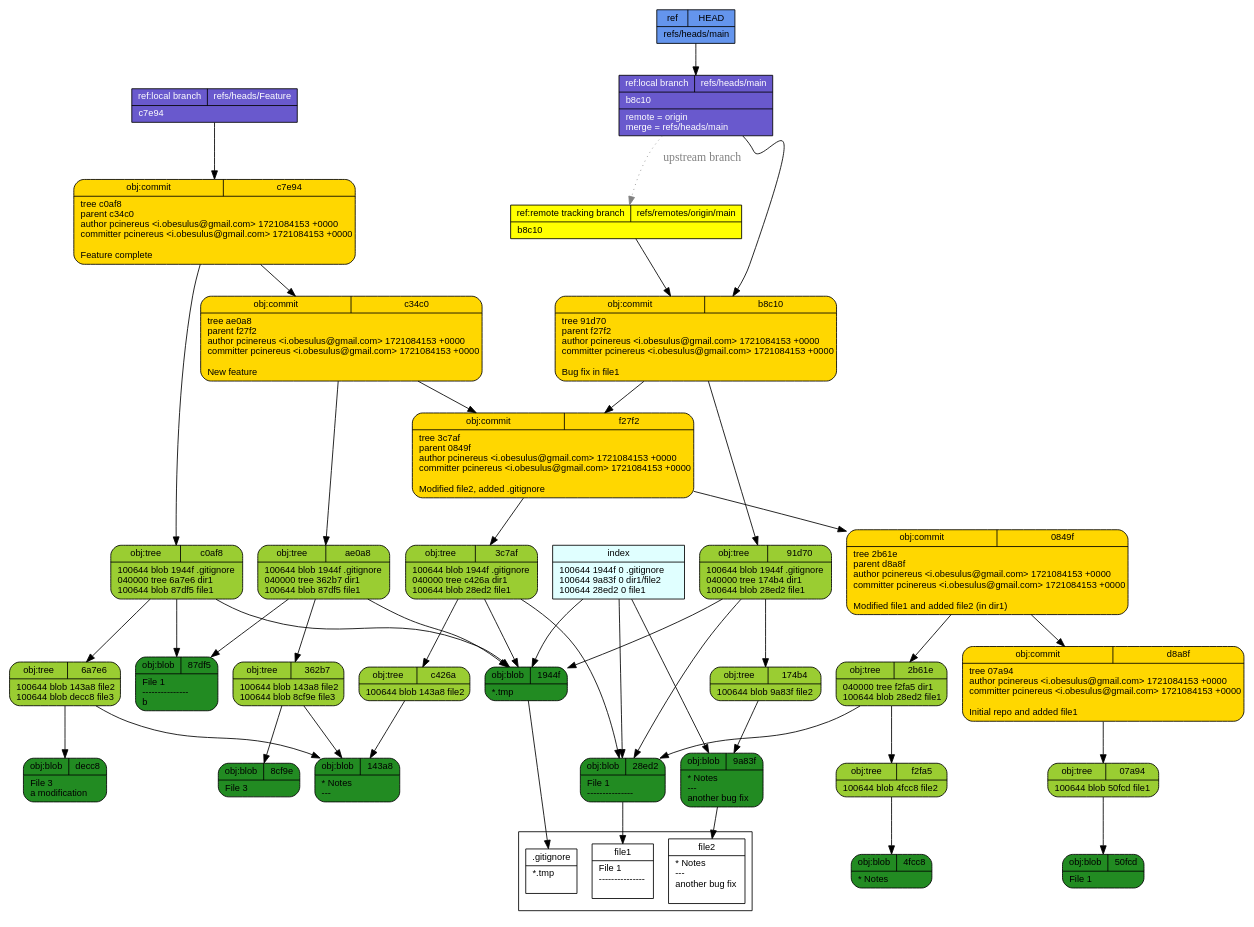
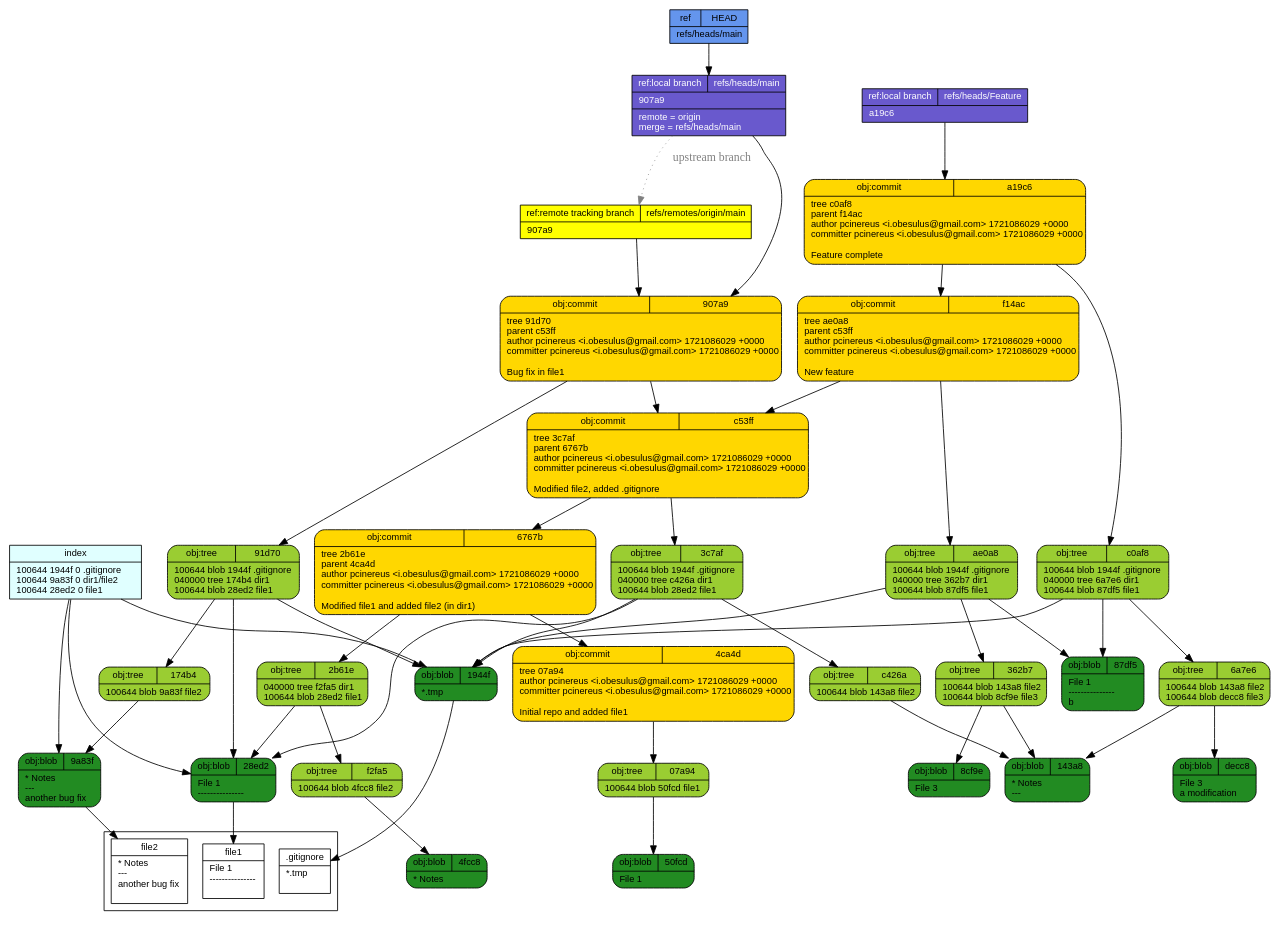
One commit to pcinereus/SUYRs_documents changed the diagram in tut/git-draw.dot. Above: the diagram before and after it, drawn with Graphviz. The commit also changed 603 other files, not shown here.

```diff
--- a/tut/git-draw.dot
+++ b/tut/git-draw.dot
@@ -1,57 +1,57 @@
 digraph structs {
   node [shape=record,fontsize=11,fontname="arial"];
   rankdir="TB";
-  _f27f2 [fillcolor="gold", style="filled,rounded", label="{{obj:commit|f27f2}|tree\ 3c7af\lparent\ 0849f\lauthor\ pcinereus\ \<i\.obesulus\@gmail\.com\>\ 1721084153\ \+0000\lcommitter\ pcinereus\ \<i\.obesulus\@gmail\.com\>\ 1721084153\ \+0000\l\lModified\ file2\,\ added\ \.gitignore\l}"]  _f27f2 -> _3c7af
-  _f27f2 -> _0849f
   _f2fa5 [fillcolor="yellowgreen", style="filled,rounded", label="{{obj:tree|f2fa5}|100644\ blob\ 4fcc8\	file2\l}"]  _f2fa5 -> _4fcc8
   _07a94 [fillcolor="yellowgreen", style="filled,rounded", label="{{obj:tree|07a94}|100644\ blob\ 50fcd\	file1\l}"]  _07a94 -> _50fcd
   _143a8 [fillcolor="forestgreen", style="filled,rounded", label="{{obj:blob|143a8}|\*\ Notes\l\-\-\-\l}"]  _c0af8 [fillcolor="yellowgreen", style="filled,rounded", label="{{obj:tree|c0af8}|100644\ blob\ 1944f\	\.gitignore\l040000\ tree\ 6a7e6\	dir1\l100644\ blob\ 87df5\	file1\l}"]  _c0af8 -> _1944f
   _c0af8 -> _6a7e6
   _c0af8 -> _87df5
-  _4fcc8 [fillcolor="forestgreen", style="filled,rounded", label="{{obj:blob|4fcc8}|\*\ Notes\l}"]  _c34c0 [fillcolor="gold", style="filled,rounded", label="{{obj:commit|c34c0}|tree\ ae0a8\lparent\ f27f2\lauthor\ pcinereus\ \<i\.obesulus\@gmail\.com\>\ 1721084153\ \+0000\lcommitter\ pcinereus\ \<i\.obesulus\@gmail\.com\>\ 1721084153\ \+0000\l\lNew\ feature\l}"]  _c34c0 -> _ae0a8
-  _c34c0 -> _f27f2
+  _4fcc8 [fillcolor="forestgreen", style="filled,rounded", label="{{obj:blob|4fcc8}|\*\ Notes\l}"]  _4ca4d [fillcolor="gold", style="filled,rounded", label="{{obj:commit|4ca4d}|tree\ 07a94\lauthor\ pcinereus\ \<i\.obesulus\@gmail\.com\>\ 1721086029\ \+0000\lcommitter\ pcinereus\ \<i\.obesulus\@gmail\.com\>\ 1721086029\ \+0000\l\lInitial\ repo\ and\ added\ file1\l}"]  _4ca4d -> _07a94
   _c426a [fillcolor="yellowgreen", style="filled,rounded", label="{{obj:tree|c426a}|100644\ blob\ 143a8\	file2\l}"]  _c426a -> _143a8
-  _1944f [fillcolor="forestgreen", style="filled,rounded", label="{{obj:blob|1944f}|\*\.tmp\l}"]  _50fcd [fillcolor="forestgreen", style="filled,rounded", label="{{obj:blob|50fcd}|File\ 1\l}"]  _0849f [fillcolor="gold", style="filled,rounded", label="{{obj:commit|0849f}|tree\ 2b61e\lparent\ d8a8f\lauthor\ pcinereus\ \<i\.obesulus\@gmail\.com\>\ 1721084153\ \+0000\lcommitter\ pcinereus\ \<i\.obesulus\@gmail\.com\>\ 1721084153\ \+0000\l\lModified\ file1\ and\ added\ file2\ \(in\ dir1\)\l}"]  _0849f -> _2b61e
-  _0849f -> _d8a8f
-  _b8c10 [fillcolor="gold", style="filled,rounded", label="{{obj:commit|b8c10}|tree\ 91d70\lparent\ f27f2\lauthor\ pcinereus\ \<i\.obesulus\@gmail\.com\>\ 1721084153\ \+0000\lcommitter\ pcinereus\ \<i\.obesulus\@gmail\.com\>\ 1721084153\ \+0000\l\lBug\ fix\ in\ file1\l}"]  _b8c10 -> _91d70
-  _b8c10 -> _f27f2
-  _8cf9e [fillcolor="forestgreen", style="filled,rounded", label="{{obj:blob|8cf9e}|File\ 3\l}"]  _c7e94 [fillcolor="gold", style="filled,rounded", label="{{obj:commit|c7e94}|tree\ c0af8\lparent\ c34c0\lauthor\ pcinereus\ \<i\.obesulus\@gmail\.com\>\ 1721084153\ \+0000\lcommitter\ pcinereus\ \<i\.obesulus\@gmail\.com\>\ 1721084153\ \+0000\l\lFeature\ complete\l}"]  _c7e94 -> _c0af8
-  _c7e94 -> _c34c0
-  _91d70 [fillcolor="yellowgreen", style="filled,rounded", label="{{obj:tree|91d70}|100644\ blob\ 1944f\	\.gitignore\l040000\ tree\ 174b4\	dir1\l100644\ blob\ 28ed2\	file1\l}"]  _91d70 -> _1944f
+  _907a9 [fillcolor="gold", style="filled,rounded", label="{{obj:commit|907a9}|tree\ 91d70\lparent\ c53ff\lauthor\ pcinereus\ \<i\.obesulus\@gmail\.com\>\ 1721086029\ \+0000\lcommitter\ pcinereus\ \<i\.obesulus\@gmail\.com\>\ 1721086029\ \+0000\l\lBug\ fix\ in\ file1\l}"]  _907a9 -> _91d70
+  _907a9 -> _c53ff
+  _1944f [fillcolor="forestgreen", style="filled,rounded", label="{{obj:blob|1944f}|\*\.tmp\l}"]  _50fcd [fillcolor="forestgreen", style="filled,rounded", label="{{obj:blob|50fcd}|File\ 1\l}"]  _6767b [fillcolor="gold", style="filled,rounded", label="{{obj:commit|6767b}|tree\ 2b61e\lparent\ 4ca4d\lauthor\ pcinereus\ \<i\.obesulus\@gmail\.com\>\ 1721086029\ \+0000\lcommitter\ pcinereus\ \<i\.obesulus\@gmail\.com\>\ 1721086029\ \+0000\l\lModified\ file1\ and\ added\ file2\ \(in\ dir1\)\l}"]  _6767b -> _2b61e
+  _6767b -> _4ca4d
+  _f14ac [fillcolor="gold", style="filled,rounded", label="{{obj:commit|f14ac}|tree\ ae0a8\lparent\ c53ff\lauthor\ pcinereus\ \<i\.obesulus\@gmail\.com\>\ 1721086029\ \+0000\lcommitter\ pcinereus\ \<i\.obesulus\@gmail\.com\>\ 1721086029\ \+0000\l\lNew\ feature\l}"]  _f14ac -> _ae0a8
+  _f14ac -> _c53ff
+  _8cf9e [fillcolor="forestgreen", style="filled,rounded", label="{{obj:blob|8cf9e}|File\ 3\l}"]  _91d70 [fillcolor="yellowgreen", style="filled,rounded", label="{{obj:tree|91d70}|100644\ blob\ 1944f\	\.gitignore\l040000\ tree\ 174b4\	dir1\l100644\ blob\ 28ed2\	file1\l}"]  _91d70 -> _1944f
   _91d70 -> _174b4
   _91d70 -> _28ed2
   _9a83f [fillcolor="forestgreen", style="filled,rounded", label="{{obj:blob|9a83f}|\*\ Notes\l\-\-\-\l\ another\ bug\ fix\l}"]  _ae0a8 [fillcolor="yellowgreen", style="filled,rounded", label="{{obj:tree|ae0a8}|100644\ blob\ 1944f\	\.gitignore\l040000\ tree\ 362b7\	dir1\l100644\ blob\ 87df5\	file1\l}"]  _ae0a8 -> _1944f
   _ae0a8 -> _362b7
   _ae0a8 -> _87df5
   _2b61e [fillcolor="yellowgreen", style="filled,rounded", label="{{obj:tree|2b61e}|040000\ tree\ f2fa5\	dir1\l100644\ blob\ 28ed2\	file1\l}"]  _2b61e -> _f2fa5
   _2b61e -> _28ed2
-  _d8a8f [fillcolor="gold", style="filled,rounded", label="{{obj:commit|d8a8f}|tree\ 07a94\lauthor\ pcinereus\ \<i\.obesulus\@gmail\.com\>\ 1721084153\ \+0000\lcommitter\ pcinereus\ \<i\.obesulus\@gmail\.com\>\ 1721084153\ \+0000\l\lInitial\ repo\ and\ added\ file1\l}"]  _d8a8f -> _07a94
   _87df5 [fillcolor="forestgreen", style="filled,rounded", label="{{obj:blob|87df5}|File\ 1\l\-\-\-\-\-\-\-\-\-\-\-\-\-\-\-\lb\l}"]  _362b7 [fillcolor="yellowgreen", style="filled,rounded", label="{{obj:tree|362b7}|100644\ blob\ 143a8\	file2\l100644\ blob\ 8cf9e\	file3\l}"]  _362b7 -> _143a8
   _362b7 -> _8cf9e
   _3c7af [fillcolor="yellowgreen", style="filled,rounded", label="{{obj:tree|3c7af}|100644\ blob\ 1944f\	\.gitignore\l040000\ tree\ c426a\	dir1\l100644\ blob\ 28ed2\	file1\l}"]  _3c7af -> _1944f
   _3c7af -> _c426a
   _3c7af -> _28ed2
   _28ed2 [fillcolor="forestgreen", style="filled,rounded", label="{{obj:blob|28ed2}|File\ 1\l\-\-\-\-\-\-\-\-\-\-\-\-\-\-\-\l}"]  _6a7e6 [fillcolor="yellowgreen", style="filled,rounded", label="{{obj:tree|6a7e6}|100644\ blob\ 143a8\	file2\l100644\ blob\ decc8\	file3\l}"]  _6a7e6 -> _143a8
   _6a7e6 -> _decc8
   _174b4 [fillcolor="yellowgreen", style="filled,rounded", label="{{obj:tree|174b4}|100644\ blob\ 9a83f\	file2\l}"]  _174b4 -> _9a83f
-  _decc8 [fillcolor="forestgreen", style="filled,rounded", label="{{obj:blob|decc8}|File\ 3\l\ a\ modification\l}"]  _refs___heads___Feature [style=filled, fillcolor=slateblue3, fontcolor = white,  label="{{ref:local branch|refs\/heads\/Feature}|c7e94\l}"]
-  _refs___heads___Feature -> _c7e94
+  _a19c6 [fillcolor="gold", style="filled,rounded", label="{{obj:commit|a19c6}|tree\ c0af8\lparent\ f14ac\lauthor\ pcinereus\ \<i\.obesulus\@gmail\.com\>\ 1721086029\ \+0000\lcommitter\ pcinereus\ \<i\.obesulus\@gmail\.com\>\ 1721086029\ \+0000\l\lFeature\ complete\l}"]  _a19c6 -> _c0af8
+  _a19c6 -> _f14ac
+  _decc8 [fillcolor="forestgreen", style="filled,rounded", label="{{obj:blob|decc8}|File\ 3\l\ a\ modification\l}"]  _c53ff [fillcolor="gold", style="filled,rounded", label="{{obj:commit|c53ff}|tree\ 3c7af\lparent\ 6767b\lauthor\ pcinereus\ \<i\.obesulus\@gmail\.com\>\ 1721086029\ \+0000\lcommitter\ pcinereus\ \<i\.obesulus\@gmail\.com\>\ 1721086029\ \+0000\l\lModified\ file2\,\ added\ \.gitignore\l}"]  _c53ff -> _3c7af
+  _c53ff -> _6767b
+  _refs___heads___Feature [style=filled, fillcolor=slateblue3, fontcolor = white,  label="{{ref:local branch|refs\/heads\/Feature}|a19c6\l}"]
+  _refs___heads___Feature -> _a19c6
   _refs___heads___main -> _refs___remotes___origin___main [style=dotted, color=gray, fontcolor=gray, label="upstream branch"]
-  _refs___heads___main [style=filled, fillcolor=slateblue3, fontcolor = white,  label="{{ref:local branch|refs\/heads\/main}|b8c10\l|remote\ \=\ origin\lmerge\ \=\ refs\/heads\/main\l}"]
-  _refs___heads___main -> _b8c10
-  _refs___remotes___origin___main [style=filled, fillcolor=yellow, fontcolor = black,  label="{{ref:remote tracking branch|refs\/remotes\/origin\/main}|b8c10\l}"]
-  _refs___remotes___origin___main -> _b8c10
+  _refs___heads___main [style=filled, fillcolor=slateblue3, fontcolor = white,  label="{{ref:local branch|refs\/heads\/main}|907a9\l|remote\ \=\ origin\lmerge\ \=\ refs\/heads\/main\l}"]
+  _refs___heads___main -> _907a9
+  _refs___remotes___origin___main [style=filled, fillcolor=yellow, fontcolor = black,  label="{{ref:remote tracking branch|refs\/remotes\/origin\/main}|907a9\l}"]
+  _refs___remotes___origin___main -> _907a9
   _HEAD [style=filled, fillcolor=cornflowerblue, fontcolor=black,  label="{{ref|HEAD}|refs\/heads\/main\l}"]
   _HEAD -> _refs___heads___main
   index -> _1944f
   index -> _9a83f
   index -> _28ed2
   index [style=filled, fillcolor=lightcyan, label="{{index}|100644\ 1944f\ 0\	\.gitignore\l100644\ 9a83f\ 0\	dir1\/file2\l100644\ 28ed2\ 0\	file1\l}"]
 subgraph cluster_1 {rank=sink  _gitignore [fillcolor="white", label="{{.gitignore}|*.tmp\l\l}"] 
   _file2 [fillcolor="white", label="{{file2}|* Notes\l---\l another bug fix\l\l}"] 
   _file1 [fillcolor="white", label="{{file1}|File 1\l---------------\l\l}"] 
 }
  _1944f -> _gitignore
  _9a83f -> _file2
  _28ed2 -> _file1
 }
```
